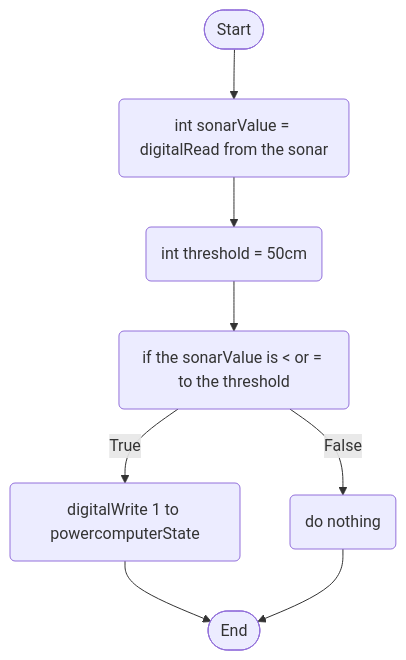
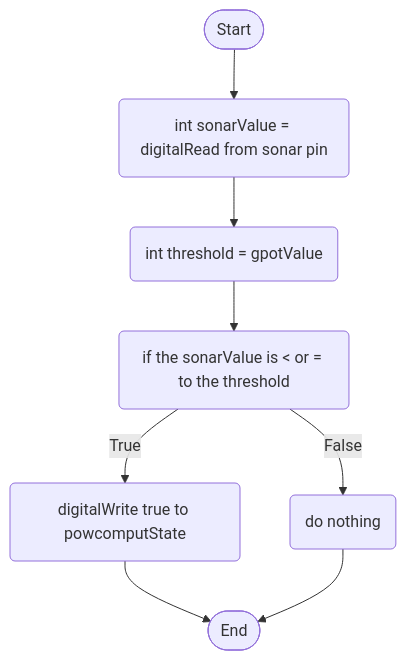
One commit to 4060269/SmartWorkstationAssessment3 changed the diagram in Flowcharts/sonarLogic.md. Above: the diagram before and after it, drawn with Mermaid. The commit also changed other lines of this file, not shown here.

````diff
--- a/Flowcharts/sonarLogic.md
+++ b/Flowcharts/sonarLogic.md
@@ -4,18 +7,18 @@
 ```mermaid
 flowchart TD
 terminalStart([Start])
 terminalEnd([End])
-setsonarValue(int sonarValue = digitalRead from the sonar)
-setsonarThreshold(int threshold = 50cm)
+setsonarValue(int sonarValue = digitalRead from sonar pin)
+setsonarThreshold(int threshold = gpotValue)
 activateSonar0(if the sonarValue is < or = to the threshold)
-activateSonar1(digitalWrite 1 to powercomputerState)
+activateSonar1(digitalWrite true to powcomputState)
 activateSonar2(do nothing)
 
 terminalStart --> setsonarValue
 setsonarValue --> setsonarThreshold
 setsonarThreshold --> activateSonar0
 activateSonar0 --> |True| activateSonar1
 activateSonar0 --> |False| activateSonar2
 activateSonar1 --> terminalEnd
 activateSonar2 --> terminalEnd
 ```
````
